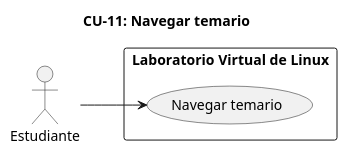
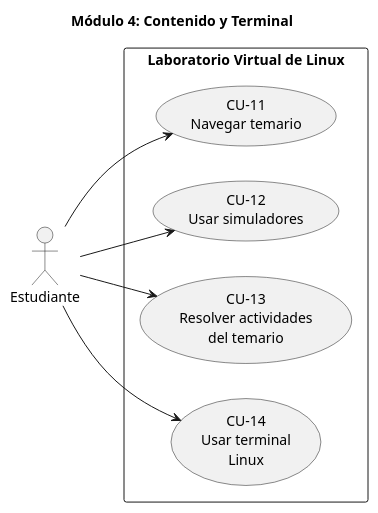
One commit to LinuxLab-UFPS/LinuxLab changed diagram 14 of 35 in docs/annexes/cu-especificacion.md. Above: the diagram before and after it, drawn with PlantUML. The commit also changed other lines of this file and 1 other file, not shown here.

Commit message:
feat: add detailed use case specifications and diagrams for modules 1 to 8

````diff
--- a/docs/annexes/cu-especificacion.md
+++ b/docs/annexes/cu-especificacion.md
@@ -972,16 +859,22 @@
 ```plantuml
 @startuml
 left to right direction
 
-title CU-11: Navegar temario
+title Módulo 4: Contenido y Terminal
 
 rectangle "Laboratorio Virtual de Linux" {
-  usecase "Navegar temario" as UC11
+  usecase "CU-11\nNavegar temario" as M4UC11
+  usecase "CU-12\nUsar simuladores" as M4UC12
+  usecase "CU-13\nResolver actividades\ndel temario" as M4UC13
+  usecase "CU-14\nUsar terminal\nLinux" as M4UC14
 }
 
 actor "Estudiante" as Est
 
-Est --> UC11
+Est --> M4UC11
+Est --> M4UC12
+Est --> M4UC13
+Est --> M4UC14
 
 @enduml
 ```
````
